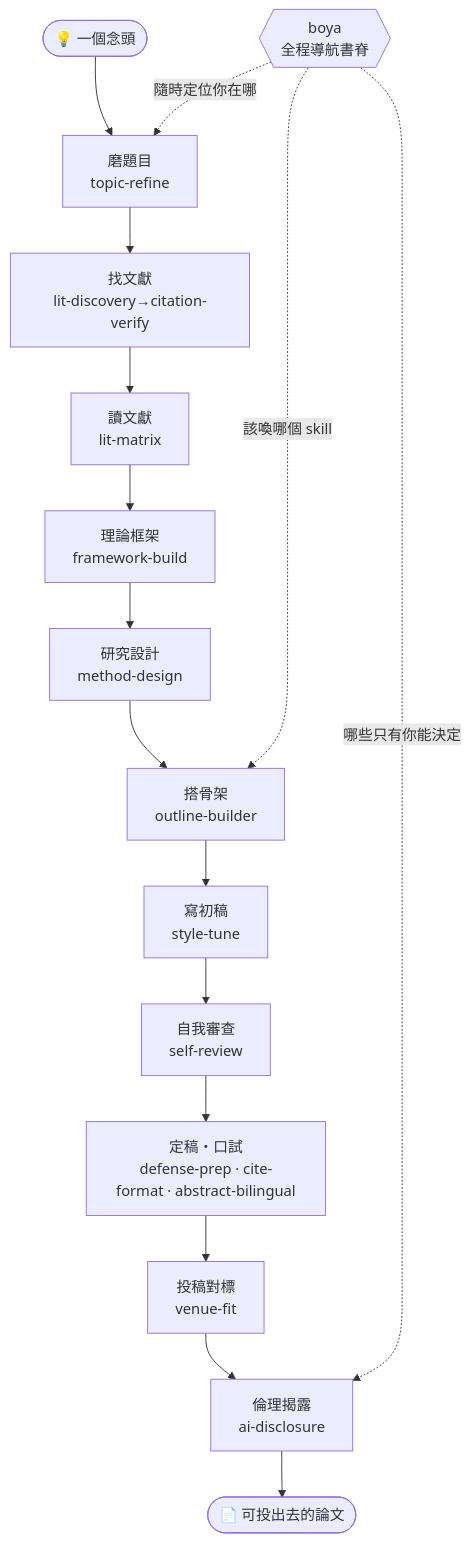
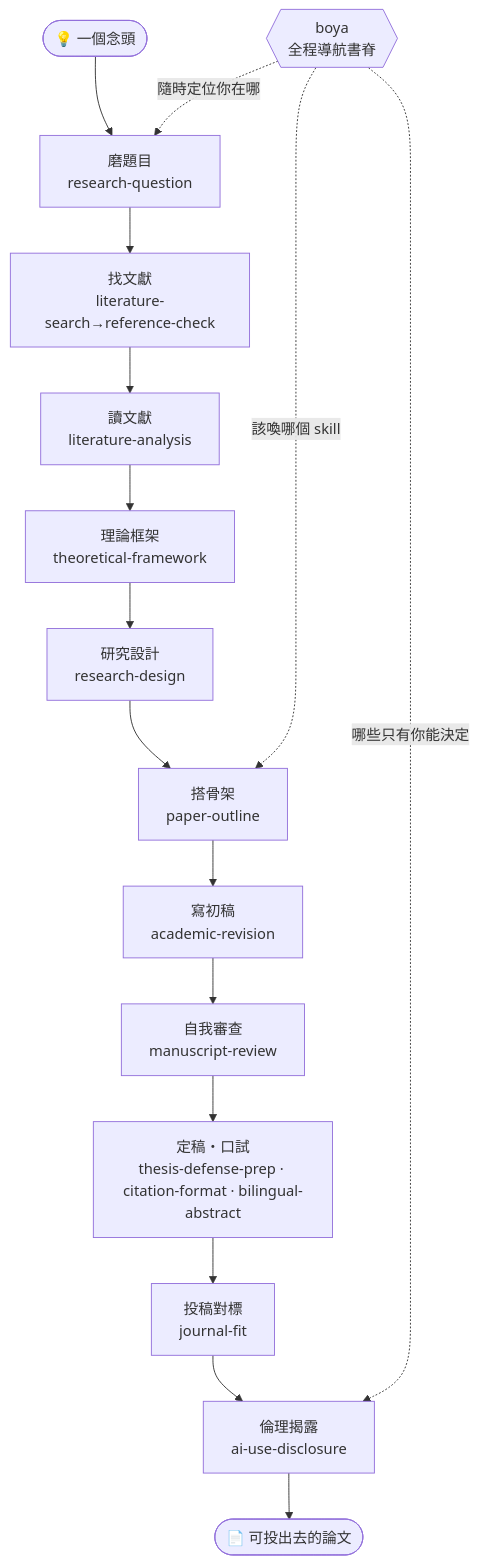
One commit to DylanChiang-Dev/BOYA-skills changed the diagram in README.md. Above: the diagram before and after it, drawn with Mermaid. The commit also changed other lines of this file and 124 other files, not shown here.

````diff
--- a/README.md
+++ b/README.md
@@ -59,18 +59,18 @@
 ```mermaid
 flowchart TD
-    Start([💡 一個念頭]) --> S1[磨題目<br/>topic-refine]
-    S1 --> S2[找文獻<br/>lit-discovery→citation-verify]
-    S2 --> S3[讀文獻<br/>lit-matrix]
-    S3 --> SF[理論框架<br/>framework-build]
-    SF --> S4[研究設計<br/>method-design]
-    S4 --> S5[搭骨架<br/>outline-builder]
-    S5 --> S6[寫初稿<br/>style-tune]
-    S6 --> S7[自我審查<br/>self-review]
-    S7 --> S8[定稿・口試<br/>defense-prep · cite-format · abstract-bilingual]
-    S8 --> S9[投稿對標<br/>venue-fit]
-    S9 --> S10[倫理揭露<br/>ai-disclosure]
+    Start([💡 一個念頭]) --> S1[磨題目<br/>research-question]
+    S1 --> S2[找文獻<br/>literature-search→reference-check]
+    S2 --> S3[讀文獻<br/>literature-analysis]
+    S3 --> SF[理論框架<br/>theoretical-framework]
+    SF --> S4[研究設計<br/>research-design]
+    S4 --> S5[搭骨架<br/>paper-outline]
+    S5 --> S6[寫初稿<br/>academic-revision]
+    S6 --> S7[自我審查<br/>manuscript-review]
+    S7 --> S8[定稿・口試<br/>thesis-defense-prep · citation-format · bilingual-abstract]
+    S8 --> S9[投稿對標<br/>journal-fit]
+    S9 --> S10[倫理揭露<br/>ai-use-disclosure]
     S10 --> End([📄 可投出去的論文])
     RM{{boya<br/>全程導航書脊}} -.隨時定位你在哪.-> S1
     RM -.該喚哪個 skill.-> S5
     RM -.哪些只有你能決定.-> S10
 ```
````
